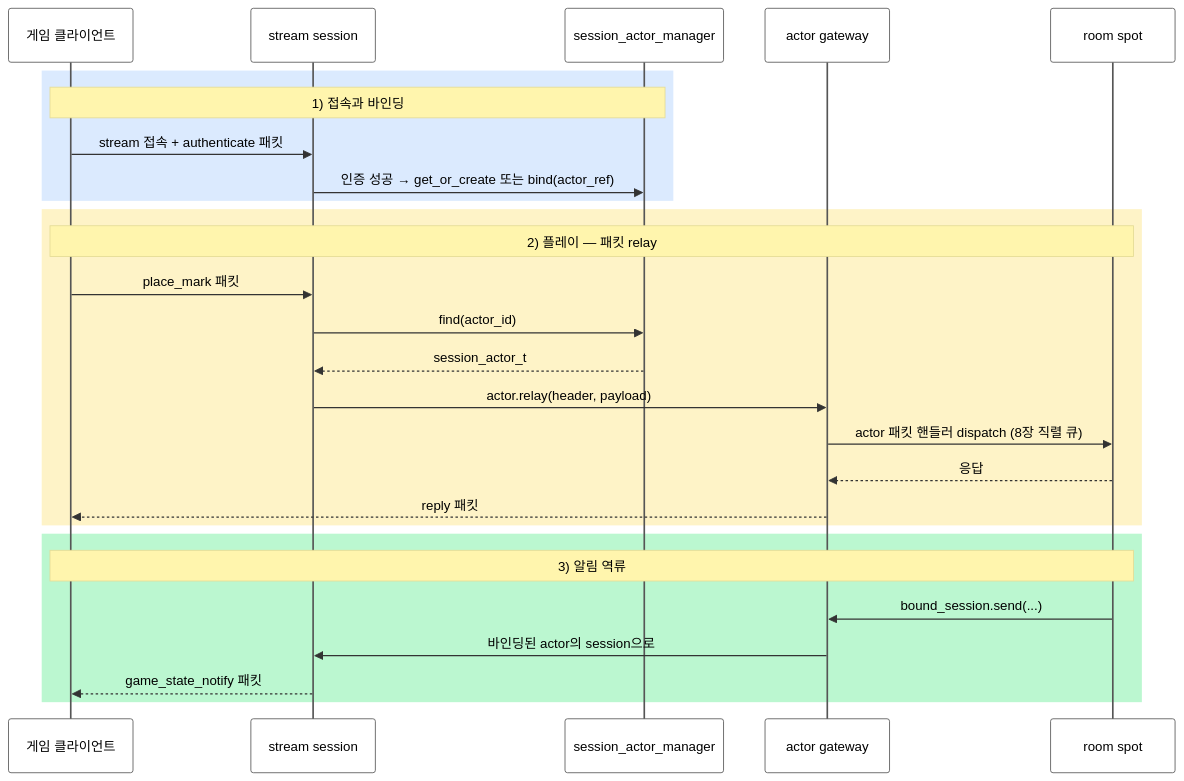
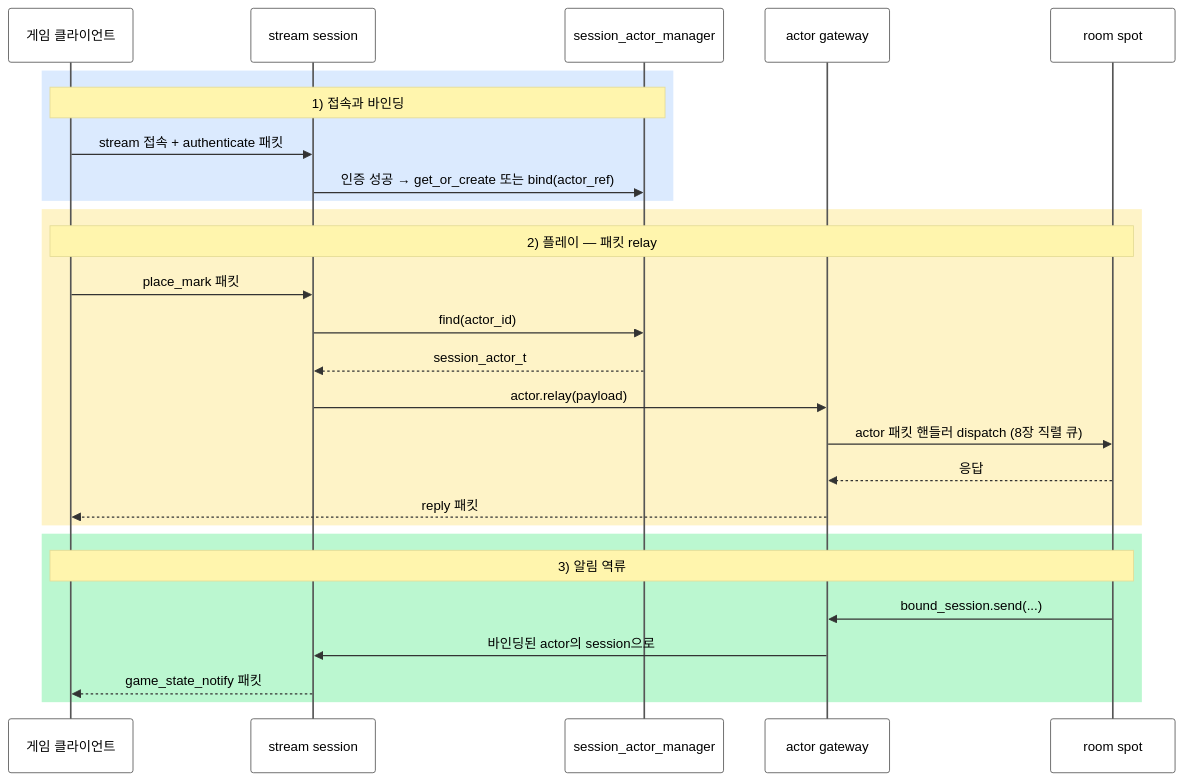
The diagram in framework/doc/framework/cpp/guide/09-actor-session.ko.md (kairos-code-dev/zlink), drawn with Mermaid before and after one commit. The commit also changed other lines of this file and 248 other files, not shown here.

````diff
--- a/framework/doc/framework/cpp/guide/09-actor-session.ko.md
+++ b/framework/doc/framework/cpp/guide/09-actor-session.ko.md
@@ -12,33 +12,33 @@
 ```mermaid
 %%{init: {'theme': 'base', 'themeVariables': {'signalTextColor': '#000000', 'actorTextColor': '#000000', 'noteTextColor': '#000000', 'actorBkg': '#ffffff', 'actorBorder': '#555555', 'activationBorderColor': '#555555'}}}%%
 sequenceDiagram
     participant C as 게임 클라이언트
     participant SS as stream session
     participant AM as session_actor_manager
     participant GW as actor gateway
     participant SP as room spot
 
     rect rgb(219, 234, 254)
     Note over C,AM: 1) 접속과 바인딩
     C->>SS: stream 접속 + authenticate 패킷
     SS->>AM: 인증 성공 → get_or_create 또는 bind(actor_ref)
     end
 
     rect rgb(254, 243, 199)
     Note over C,SP: 2) 플레이 — 패킷 relay
     C->>SS: place_mark 패킷
     SS->>AM: find(actor_id)
     AM-->>SS: session_actor_t
-    SS->>GW: actor.relay(header, payload)
+    SS->>GW: actor.relay(payload)
     GW->>SP: actor 패킷 핸들러 dispatch (8장 직렬 큐)
     SP-->>GW: 응답
     GW-->>C: reply 패킷
     end
 
     rect rgb(187, 247, 208)
     Note over SP,C: 3) 알림 역류
     SP->>GW: bound_session.send(...)
     GW->>SS: 바인딩된 actor의 session으로
     SS-->>C: game_state_notify 패킷
     end
 ```
````
